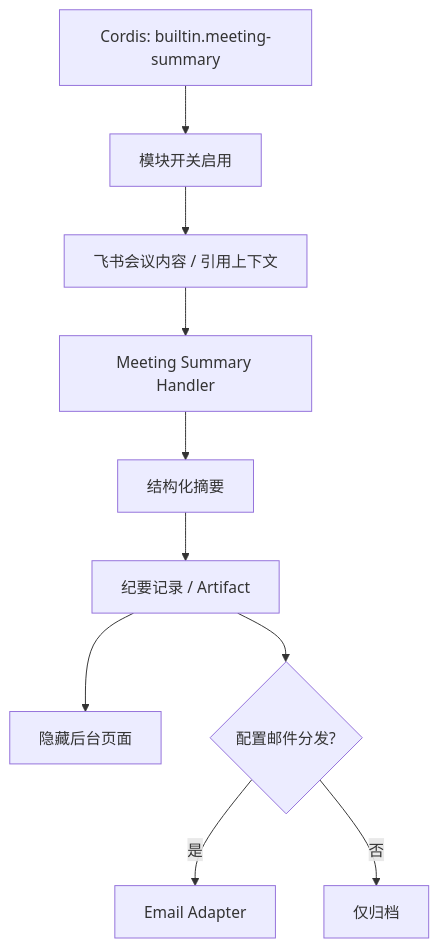
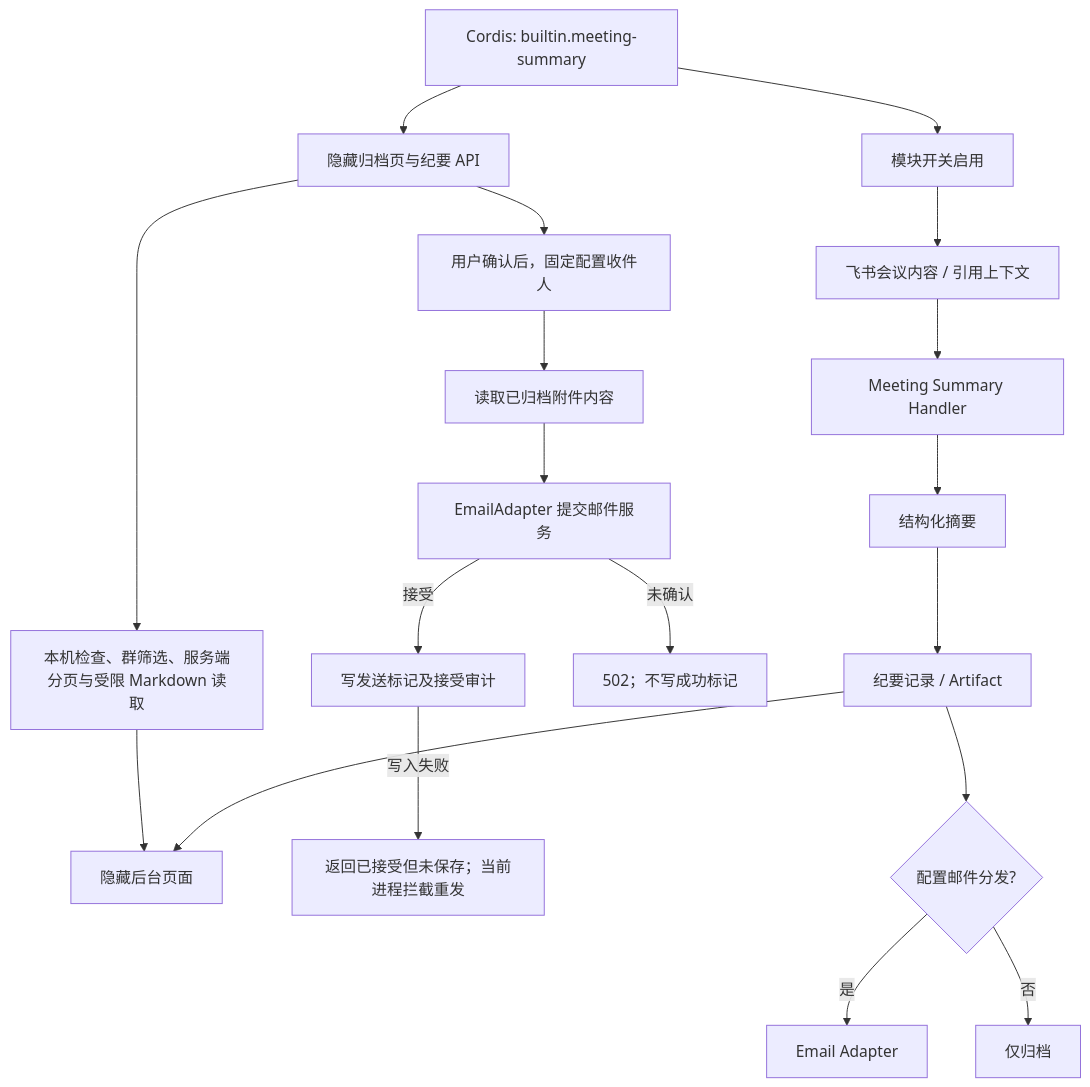
The diagram in backend/src/services/messageHandler/meeting-summary/FEATURE.md (KlayPeter/AI-Delivery-Ops-Agent), drawn with Mermaid before and after one commit. The commit also changed other lines of this file and 32 other files, not shown here.

````diff
--- a/backend/src/services/messageHandler/meeting-summary/FEATURE.md
+++ b/backend/src/services/messageHandler/meeting-summary/FEATURE.md
@@ -21,12 +21,21 @@
 ```mermaid
 flowchart TD
     PL["Cordis: builtin.meeting-summary"] --> A
+    PL --> WEB[隐藏归档页与纪要 API]
+    WEB --> READ[本机检查、群筛选、服务端分页与受限 Markdown 读取]
+    READ --> F
+    WEB --> SEND[用户确认后，固定配置收件人]
+    SEND --> ATT[读取已归档附件内容]
+    ATT --> SMTP[EmailAdapter 提交邮件服务]
+    SMTP -- 接受 --> FLAG[写发送标记及接受审计]
+    SMTP -- 未确认 --> FAIL[502；不写成功标记]
+    FLAG -- 写入失败 --> UNKNOWN[返回已接受但未保存；当前进程拦截重发]
     A["模块开关启用"] --> B["飞书会议内容 / 引用上下文"]
     B --> C["Meeting Summary Handler"]
     C --> D["结构化摘要"]
     D --> E["纪要记录 / Artifact"]
     E --> F["隐藏后台页面"]
     E --> G{"配置邮件分发?"}
     G -- 是 --> H["Email Adapter"]
     G -- 否 --> I["仅归档"]
 ```
````
